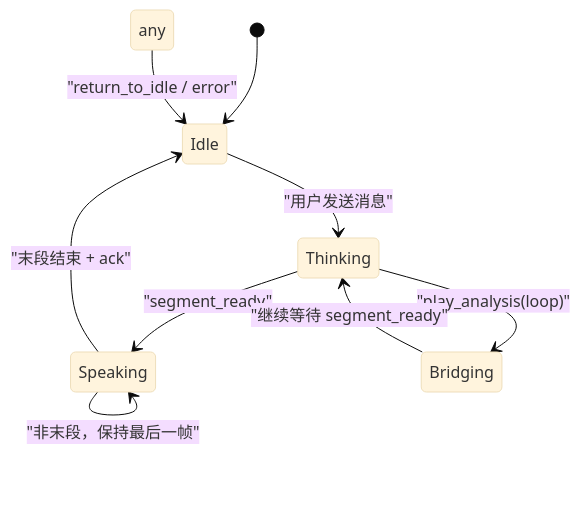
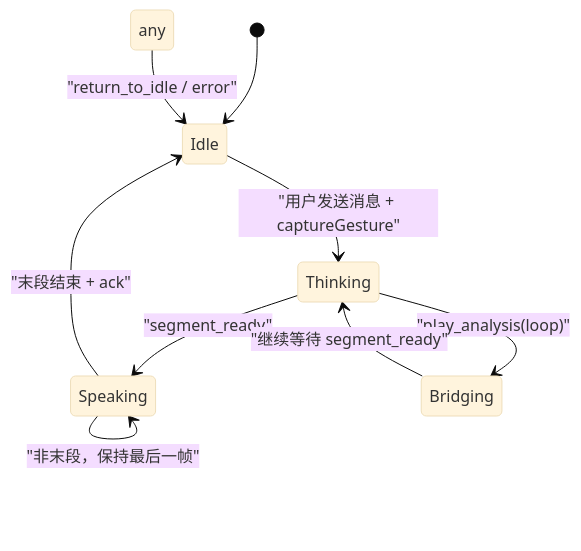
Before and after one commit to leo21cn/real-time-talk: the fourth of 5 diagrams in .qoder/repowiki/zh/content/系统架构/前端应用架构/虚拟形象系统.md, drawn with Mermaid (base theme). The commit also changed other lines of this file and 9 other files, not shown here.

````diff
--- a/.qoder/repowiki/zh/content/系统架构/前端应用架构/虚拟形象系统.md
+++ b/.qoder/repowiki/zh/content/系统架构/前端应用架构/虚拟形象系统.md
@@ -178,11 +203,11 @@
 ```mermaid
 stateDiagram-v2
 [*] --> Idle
-Idle --> Thinking : "用户发送消息"
+Idle --> Thinking : "用户发送消息 + captureGesture"
 Thinking --> Speaking : "segment_ready"
 Speaking --> Idle : "末段结束 + ack"
 Speaking --> Speaking : "非末段，保持最后一帧"
 Thinking --> Bridging : "play_analysis(loop)"
 Bridging --> Thinking : "继续等待 segment_ready"
 any --> Idle : "return_to_idle / error"
 ```
````
